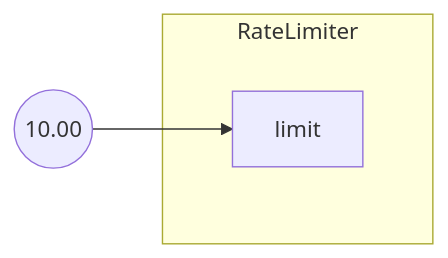
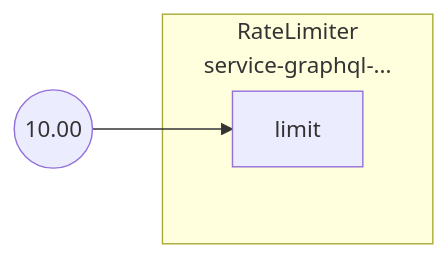
One commit to fluxninja/aperture changed the diagram in docs/content/tutorials/integrations/flow-control/classification/assets/graphql-rate-limiting/graphql-rate-limiting-jwt.mmd. Above: the diagram before and after it, drawn with Mermaid. The commit also changed 21 other files, not shown here.

Commit message:
generate mermaid for only top level components (for now)

```diff
--- a/docs/content/tutorials/integrations/flow-control/classification/assets/graphql-rate-limiting/graphql-rate-limiting-jwt.mmd
+++ b/docs/content/tutorials/integrations/flow-control/classification/assets/graphql-rate-limiting/graphql-rate-limiting-jwt.mmd
@@ -1,9 +1,9 @@
 flowchart LR
-subgraph root.0[RateLimiter]
+subgraph root.0[<center>RateLimiter<br/>service-graphql-...</center>]
 subgraph root.0_inports[ ]
 style root.0_inports fill:none,stroke:none
 root.0limit[limit]
 end
 end
 FakeConstant0((10.00))
 FakeConstant0 --> root.0limit
```
